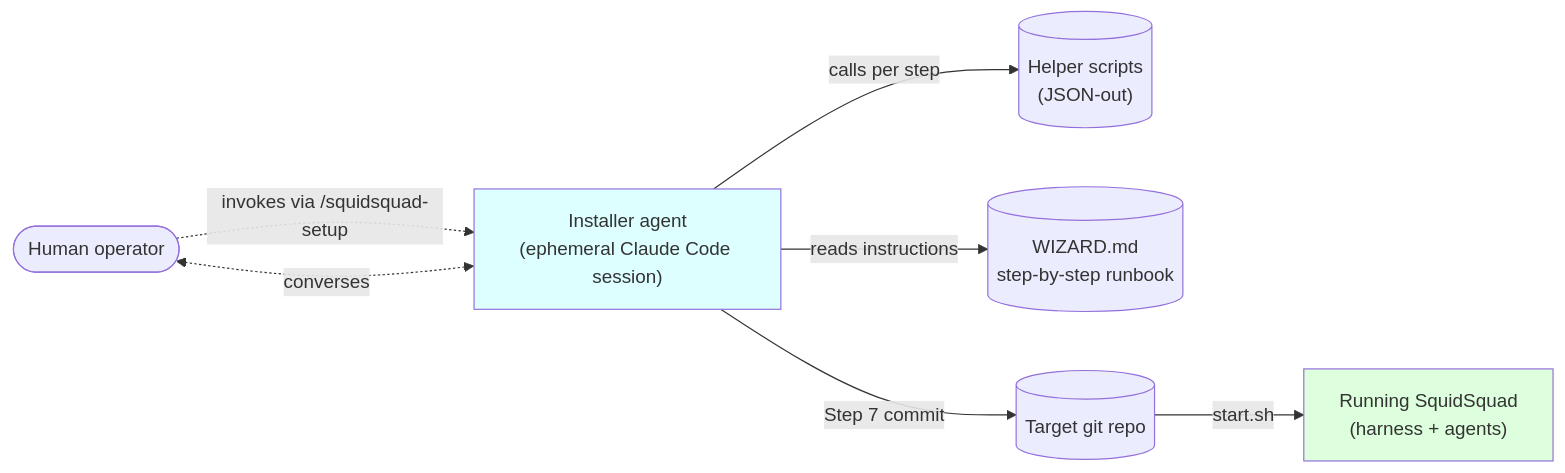
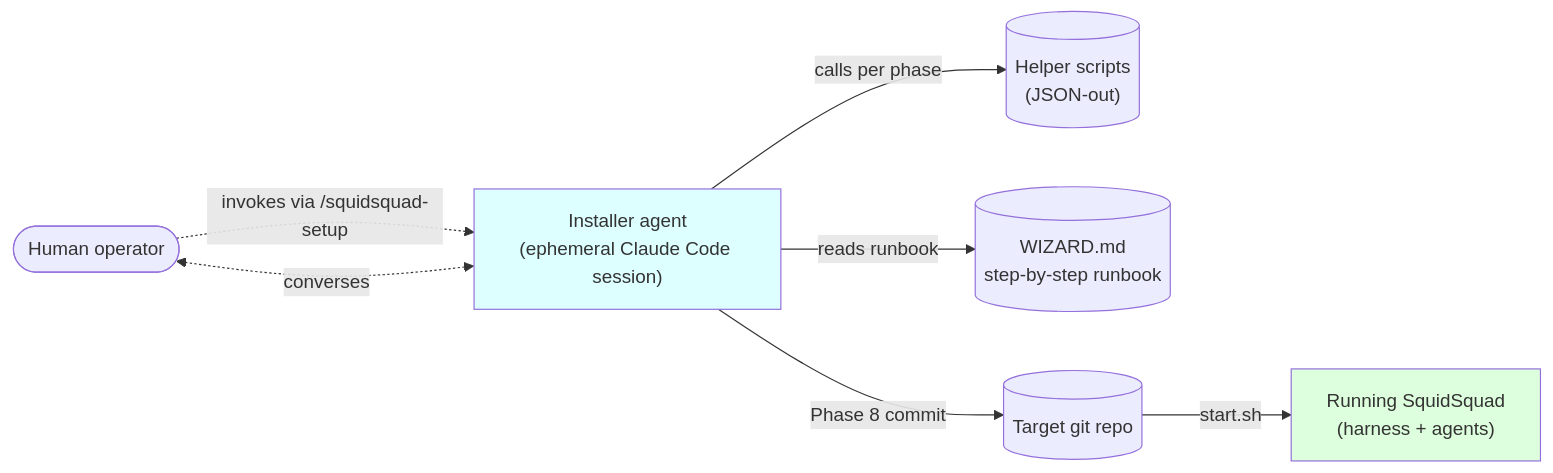
The first of 3 diagrams in docs/INSTALLER-ARCH.md (WallyDoodlez/SquidSquad), drawn with Mermaid before and after one commit. The commit also changed other lines of this file and 3 other files, not shown here.

````diff
--- a/docs/INSTALLER-ARCH.md
+++ b/docs/INSTALLER-ARCH.md
@@ -31,19 +44,19 @@
 ```mermaid
 flowchart LR
     User(["Human operator"])
     Installer["Installer agent<br/>(ephemeral Claude Code session)"]
     Helpers[("Helper scripts<br/>(JSON-out)")]
     Runbook[("WIZARD.md<br/>step-by-step runbook")]
     Repo[("Target git repo")]
     Squad["Running SquidSquad<br/>(harness + agents)"]
 
     User -.->|"invokes via /squidsquad-setup"| Installer
-    Installer -->|"reads instructions"| Runbook
-    Installer -->|"calls per step"| Helpers
+    Installer -->|"reads runbook"| Runbook
+    Installer -->|"calls per phase"| Helpers
     Installer <-.->|"converses"| User
-    Installer -->|"Step 7 commit"| Repo
+    Installer -->|"Phase 8 commit"| Repo
     Repo -->|"start.sh"| Squad
 
     style Installer fill:#dff
     style Squad fill:#dfd
 ```
````
